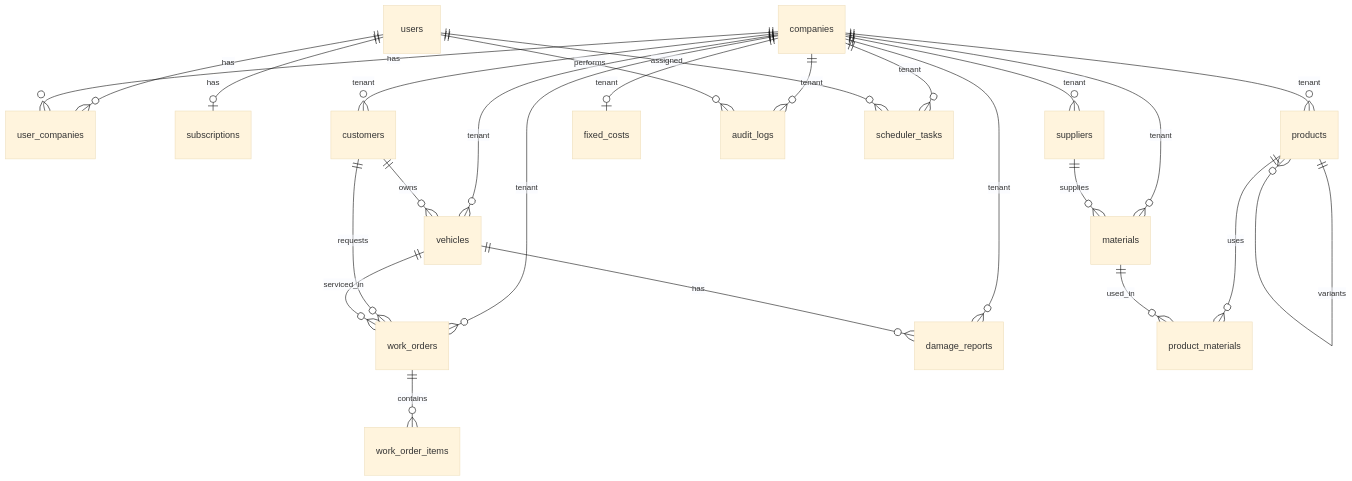
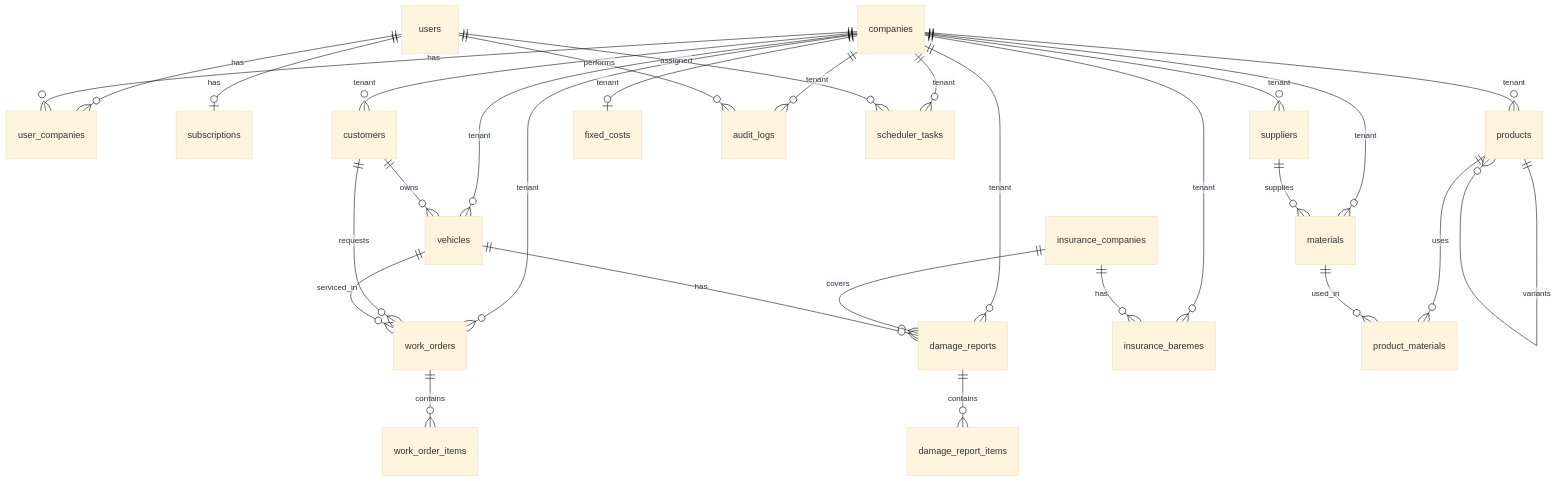
Before and after one commit to CapibarasLabs-dev/TallerPlus-be-nestjs: the diagram in docs/database-study.md, drawn with Mermaid (base theme). The commit also changed other lines of this file and 50 other files, not shown here.

First line of the commit message:
feat(insurance): add baremes module and reformulate damage reports

````diff
--- a/docs/database-study.md
+++ b/docs/database-study.md
@@ -324,34 +368,39 @@
 ```mermaid
 erDiagram
     users ||--o{ user_companies : "has"
     companies ||--o{ user_companies : "has"
     users ||--o| subscriptions : "has"
 
     companies ||--o{ customers : "tenant"
     companies ||--o{ vehicles : "tenant"
     companies ||--o{ work_orders : "tenant"
     companies ||--o{ products : "tenant"
     companies ||--o{ materials : "tenant"
     companies ||--o{ suppliers : "tenant"
     companies ||--o{ damage_reports : "tenant"
+    companies ||--o{ insurance_baremes : "tenant"
     companies ||--o| fixed_costs : "tenant"
     companies ||--o{ audit_logs : "tenant"
     companies ||--o{ scheduler_tasks : "tenant"
+
+    insurance_companies ||--o{ insurance_baremes : "has"
+    insurance_companies ||--o{ damage_reports : "covers"
 
     customers ||--o{ vehicles : "owns"
     customers ||--o{ work_orders : "requests"
 
     vehicles ||--o{ work_orders : "serviced_in"
     vehicles ||--o{ damage_reports : "has"
 
+    damage_reports ||--o{ damage_report_items : "contains"
     work_orders ||--o{ work_order_items : "contains"
 
     products ||--o{ product_materials : "uses"
     materials ||--o{ product_materials : "used_in"
     products ||--o{ products : "variants"
 
     suppliers ||--o{ materials : "supplies"
 
     users ||--o{ audit_logs : "performs"
     users ||--o{ scheduler_tasks : "assigned"
 ```
````
